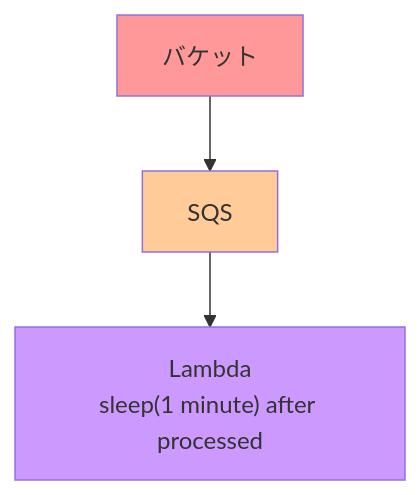
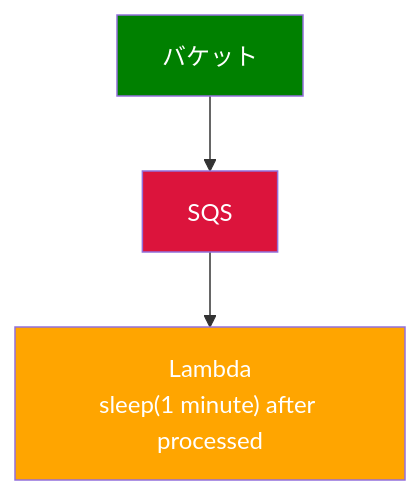
One commit to cds-code/aws-architecture changed the diagram in sqs-lambda-interval/README.md. Above: the diagram before and after it, drawn with Mermaid.

````diff
--- a/sqs-lambda-interval/README.md
+++ b/sqs-lambda-interval/README.md
@@ -1,9 +1,9 @@
 ```mermaid
 graph TD
     A[バケット] --> B[SQS]
     B --> C["Lambda<br/>sleep(1 minute) after processed"]
     
-    style A fill:#ff9999
-    style B fill:#ffcc99
-    style C fill:#cc99ff
+    style A fill:#008000,color:#ffffff
+    style B fill:#dc143c,color:#ffffff
+    style C fill:#ffa500,color:#ffffff
 ```
````
